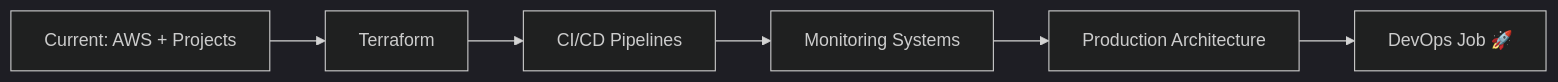
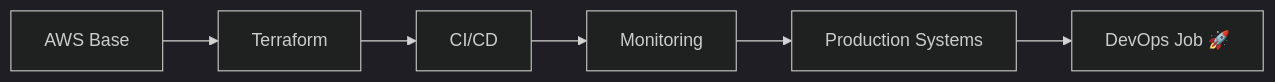
The second of 2 diagrams in README.md (hamzahashmi3/hamzahashmi3), drawn with Mermaid (dark theme) before and after one commit. The commit also changed other lines of this file, not shown here.

````diff
--- a/README.md
+++ b/README.md
@@ -106,8 +106,8 @@
 ```mermaid
 flowchart LR
-    A[Current: AWS + Projects] --> B[Terraform]
-    B --> C[CI/CD Pipelines]
-    C --> D[Monitoring Systems]
-    D --> E[Production Architecture]
+    A[AWS Base] --> B[Terraform]
+    B --> C[CI/CD]
+    C --> D[Monitoring]
+    D --> E[Production Systems]
     E --> F[DevOps Job 🚀]
 ```
````
